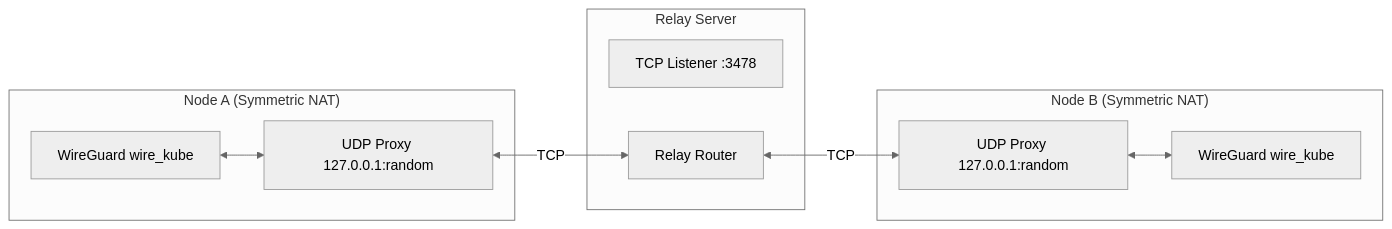
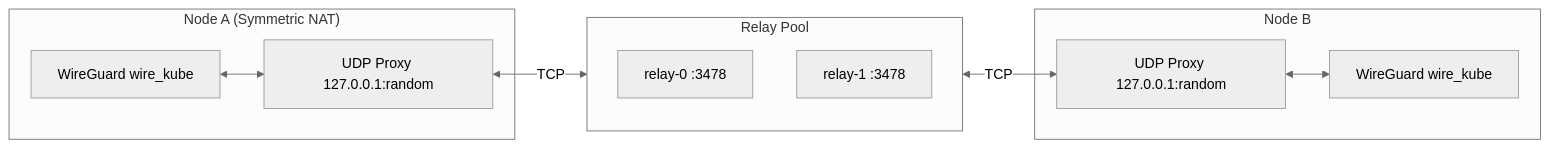
Before and after one commit to inerplat/wirekube: the first of 4 diagrams in docs/architecture/relay.md, drawn with Mermaid (neutral theme). The commit also changed other lines of this file and 20 other files, not shown here.

````diff
--- a/docs/architecture/relay.md
+++ b/docs/architecture/relay.md
@@ -8,19 +8,19 @@
 ```mermaid
 flowchart LR
     subgraph NodeA["Node A (Symmetric NAT)"]
         WG1[WireGuard wire_kube]
         P1[UDP Proxy 127.0.0.1:random]
         WG1 <--> P1
     end
-    subgraph Relay["Relay Server"]
-        TCP[TCP Listener :3478]
-        RR[Relay Router]
+    subgraph RelayPool["Relay Pool"]
+        R1[relay-0 :3478]
+        R2[relay-1 :3478]
     end
-    subgraph NodeB["Node B (Symmetric NAT)"]
+    subgraph NodeB["Node B"]
         P2[UDP Proxy 127.0.0.1:random]
         WG2[WireGuard wire_kube]
         P2 <--> WG2
     end
-    P1 <-->|TCP| RR
-    RR <-->|TCP| P2
+    P1 <-->|TCP| RelayPool
+    RelayPool <-->|TCP| P2
 ```
````
